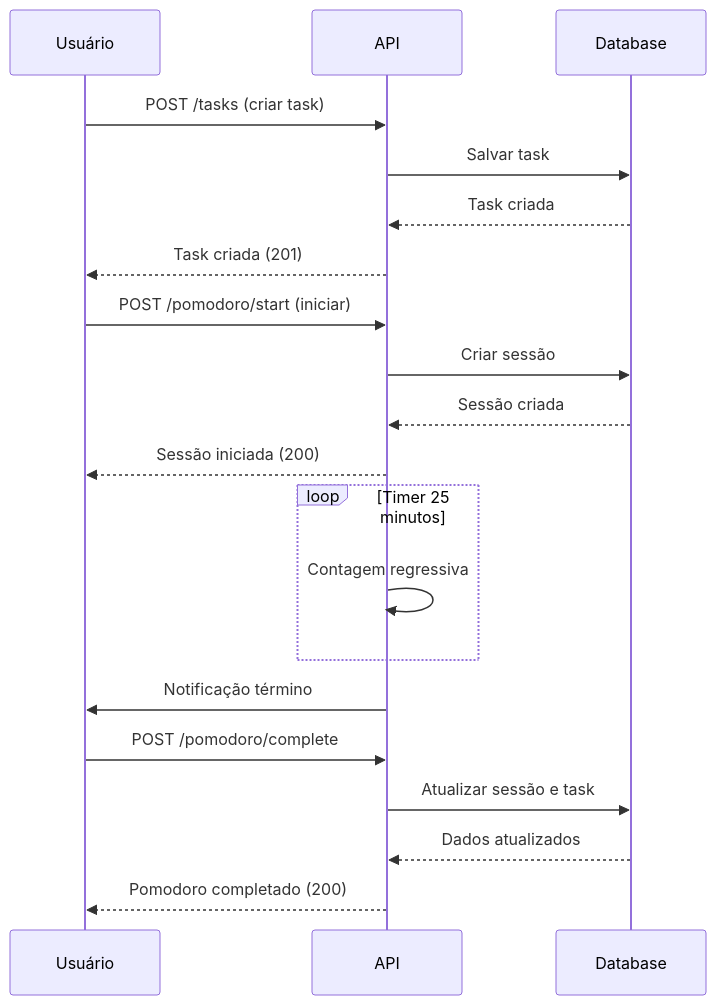
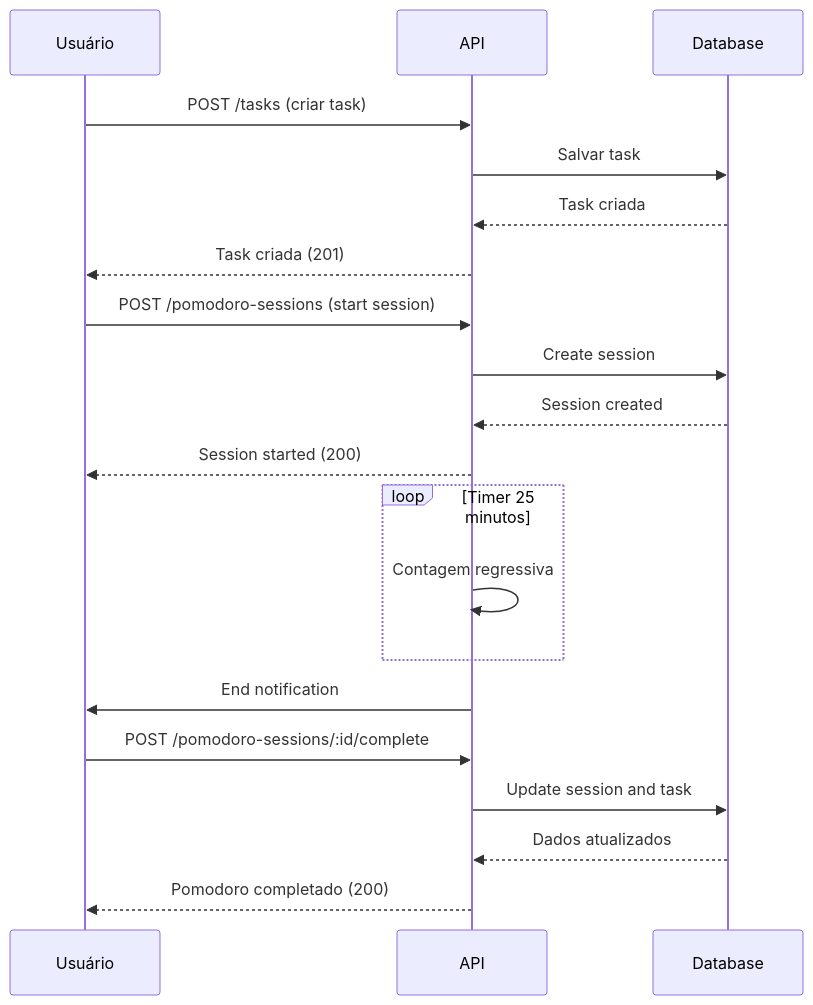
Before and after one commit to klsio22/zen-focos: the second of 2 diagrams in project-description.md, drawn with Mermaid. The commit also changed other lines of this file, not shown here.

Commit message:
feat: simplify ER diagram and update endpoints to local mode

````diff
--- a/project-description.md
+++ b/project-description.md
@@ -176,26 +182,26 @@
 ```mermaid
 sequenceDiagram
     participant Usuário
     participant API
     participant Database
 
     Usuário->>API: POST /tasks (criar task)
     API->>Database: Salvar task
     Database-->>API: Task criada
     API-->>Usuário: Task criada (201)
 
-    Usuário->>API: POST /pomodoro/start (iniciar)
-    API->>Database: Criar sessão
-    Database-->>API: Sessão criada
-    API-->>Usuário: Sessão iniciada (200)
+    Usuário->>API: POST /pomodoro-sessions (start session)
+    API->>Database: Create session
+    Database-->>API: Session created
+    API-->>Usuário: Session started (200)
 
     loop Timer 25 minutos
         API->>API: Contagem regressiva
     end
 
-    API->>Usuário: Notificação término
-    Usuário->>API: POST /pomodoro/complete
-    API->>Database: Atualizar sessão e task
+    API->>Usuário: End notification
+    Usuário->>API: POST /pomodoro-sessions/:id/complete
+    API->>Database: Update session and task
     Database-->>API: Dados atualizados
     API-->>Usuário: Pomodoro completado (200)
 ```
````
